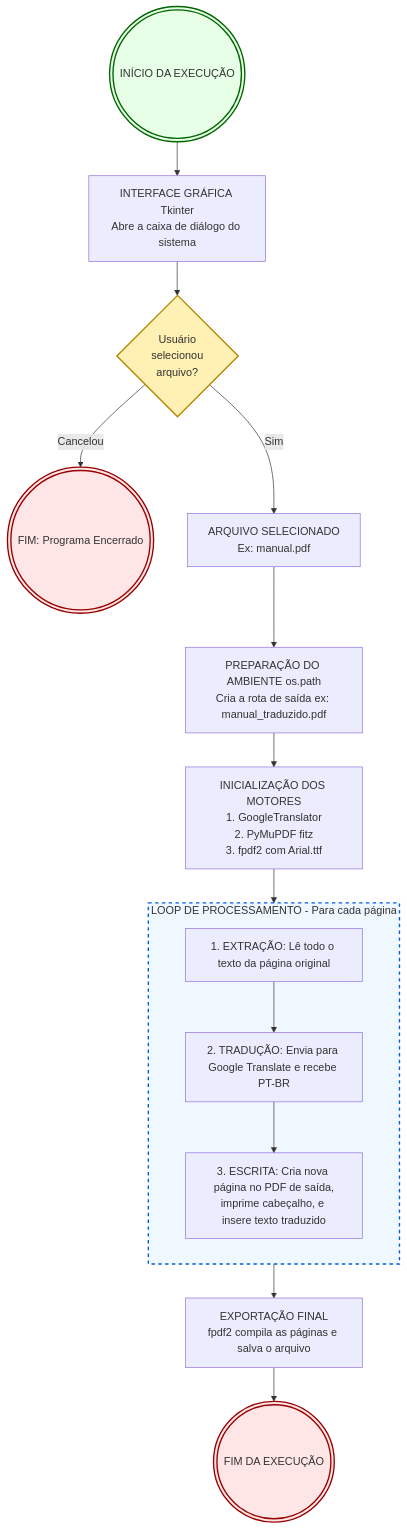
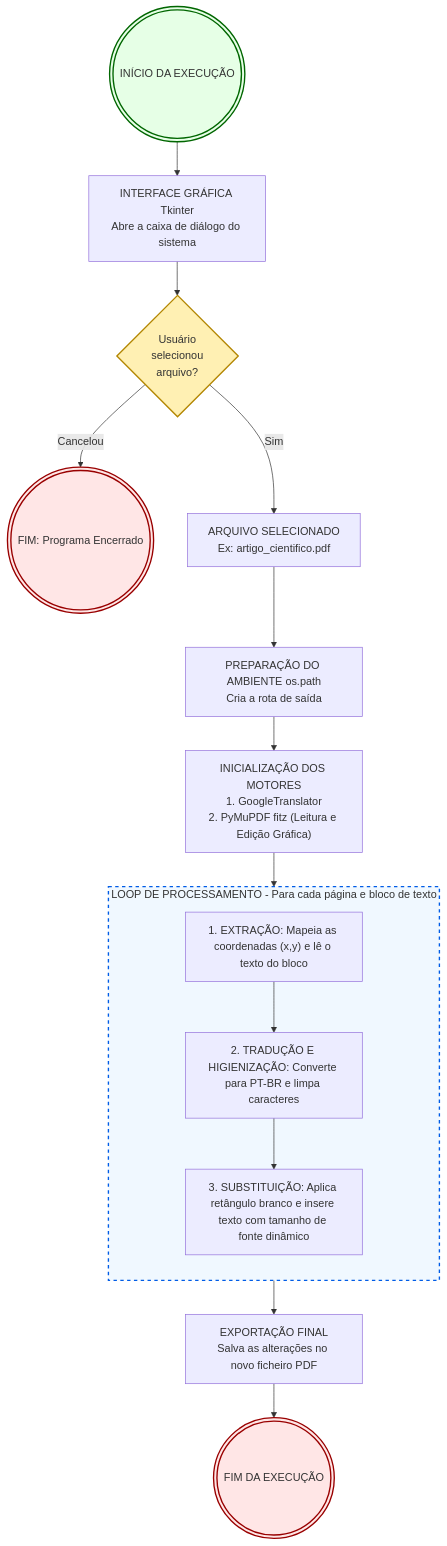
One commit to viniciushoffmanndev/pdf-translator-ptbr changed the diagram in README.md. Above: the diagram before and after it, drawn with Mermaid. The commit also changed other lines of this file, not shown here.

Commit message:
docs: update README to reflect in-place translation architecture
Context of the changes:
- Removed fpdf2 badge and font directory references.
- Updated project description and feature list to emphasize layout preservation, shrink-to-fit dynamic sizing, and string sanitization.
- Redrawn Mermaid architecture diagram to accurately represent the in-place replacement loop.

````diff
--- a/README.md
+++ b/README.md
@@ -55,48 +55,48 @@
 ```mermaid
 flowchart TD
     %% Nós de Início e Fim (Formato arredondado)
     Inicio(((INÍCIO DA EXECUÇÃO)))
     Fim_Erro(((FIM: Programa Encerrado)))
     Fim_Sucesso(((FIM DA EXECUÇÃO)))
 
-    %% Passos do Processo (Formato retangular)
-    Interface[INTERFACE GRÁFICA Tkinter<br>Abre a caixa de diálogo do sistema]
-    Decisao{Usuário<br>selecionou<br>arquivo?}
-    Arquivo_OK[ARQUIVO SELECIONADO<br>Ex: manual.pdf]
-    Prep_Ambiente[PREPARAÇÃO DO AMBIENTE os.path<br>Cria a rota de saída ex: manual_traduzido.pdf]
-    Motores[INICIALIZAÇÃO DOS MOTORES<br>1. GoogleTranslator<br>2. PyMuPDF fitz<br>3. fpdf2 com Arial.ttf]
-    Exportacao[EXPORTAÇÃO FINAL<br>fpdf2 compila as páginas e salva o arquivo]
+    %% Passos do Processo (Formato retangular com aspas para evitar erros de parser)
+    Interface["INTERFACE GRÁFICA Tkinter<br>Abre a caixa de diálogo do sistema"]
+    Decisao{"Usuário<br>selecionou<br>arquivo?"}
+    Arquivo_OK["ARQUIVO SELECIONADO<br>Ex: artigo_cientifico.pdf"]
+    Prep_Ambiente["PREPARAÇÃO DO AMBIENTE os.path<br>Cria a rota de saída"]
+    Motores["INICIALIZAÇÃO DOS MOTORES<br>1. GoogleTranslator<br>2. PyMuPDF fitz (Leitura e Edição Gráfica)"]
+    Exportacao["EXPORTAÇÃO FINAL<br>Salva as alterações no novo ficheiro PDF"]
 
     %% Conexões principais
     Inicio --> Interface
     Interface --> Decisao
     
     %% Ramificações (Sim ou Não)
     Decisao -- Cancelou --> Fim_Erro
     Decisao -- Sim --> Arquivo_OK
     
     Arquivo_OK --> Prep_Ambiente
     Prep_Ambiente --> Motores
     
     %% O bloco do Loop (Agrupamento)
     Motores --> Loop
     
-    subgraph Loop [LOOP DE PROCESSAMENTO - Para cada página]
+    subgraph Loop [LOOP DE PROCESSAMENTO - Para cada página e bloco de texto]
         direction TB
-        Extracao[1. EXTRAÇÃO: Lê todo o texto da página original]
-        Traducao[2. TRADUÇÃO: Envia para Google Translate e recebe PT-BR]
-        Escrita[3. ESCRITA: Cria nova página no PDF de saída,<br>imprime cabeçalho, e insere texto traduzido]
+        Extracao["1. EXTRAÇÃO: Mapeia as coordenadas (x,y) e lê o texto do bloco"]
+        Traducao["2. TRADUÇÃO E HIGIENIZAÇÃO: Converte para PT-BR e limpa caracteres"]
+        Escrita["3. SUBSTITUIÇÃO: Aplica retângulo branco e insere texto com tamanho de fonte dinâmico"]
         
         Extracao --> Traducao --> Escrita
     end
 
     Loop --> Exportacao
     Exportacao --> Fim_Sucesso
 
-    %% Estilos de cores (opcional para deixar mais profissional)
+    %% Estilos de cores
     style Inicio fill:#e6ffe6,stroke:#006600,stroke-width:2px
     style Fim_Erro fill:#ffe6e6,stroke:#990000,stroke-width:2px
     style Fim_Sucesso fill:#ffe6e6,stroke:#990000,stroke-width:2px
     style Decisao fill:#fff0b3,stroke:#b38600,stroke-width:2px
     style Loop fill:#f0f8ff,stroke:#005ce6,stroke-width:2px,stroke-dasharray: 5 5
 ```
````
